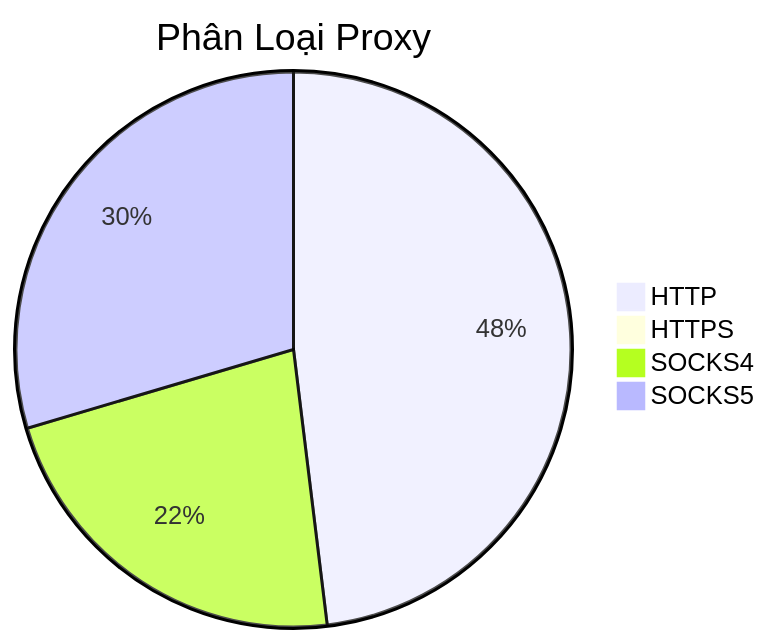
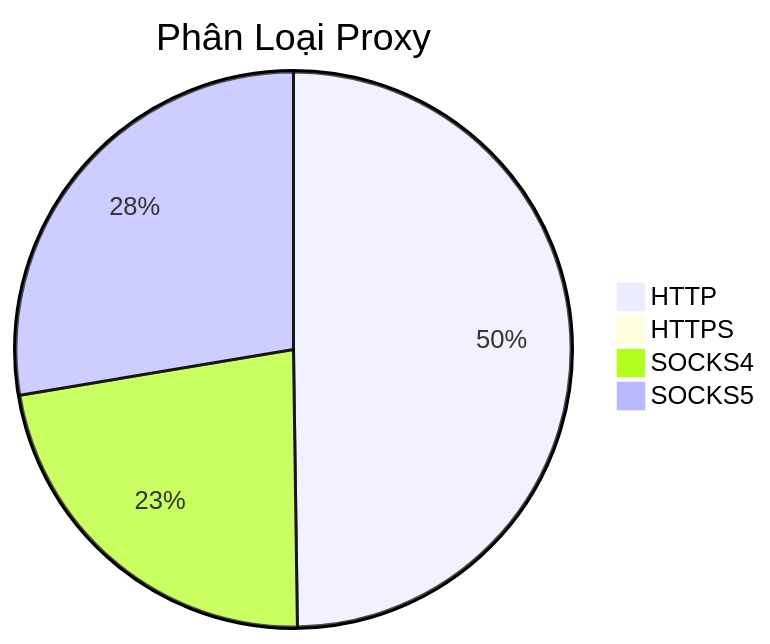
The diagram in README.md (Ciara-12/PROXY-free), drawn with Mermaid before and after one commit. The commit also changed other lines of this file and 4 other files, not shown here.

````diff
--- a/README.md
+++ b/README.md
@@ -26,7 +26,7 @@
 ```mermaid
 pie title Phân Loại Proxy
-    "HTTP" : 533
-    "HTTPS" : 2
-    "SOCKS4" : 248
-    "SOCKS5" : 328
+    "HTTP" : 553
+    "HTTPS" : 0
+    "SOCKS4" : 251
+    "SOCKS5" : 307
 ```
````
